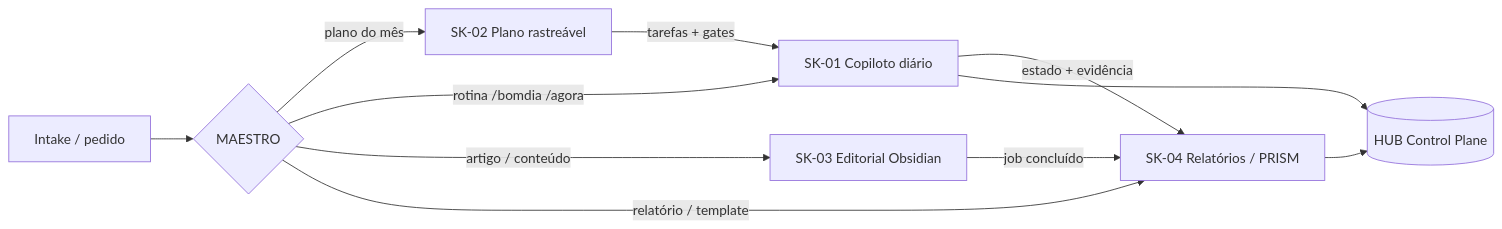
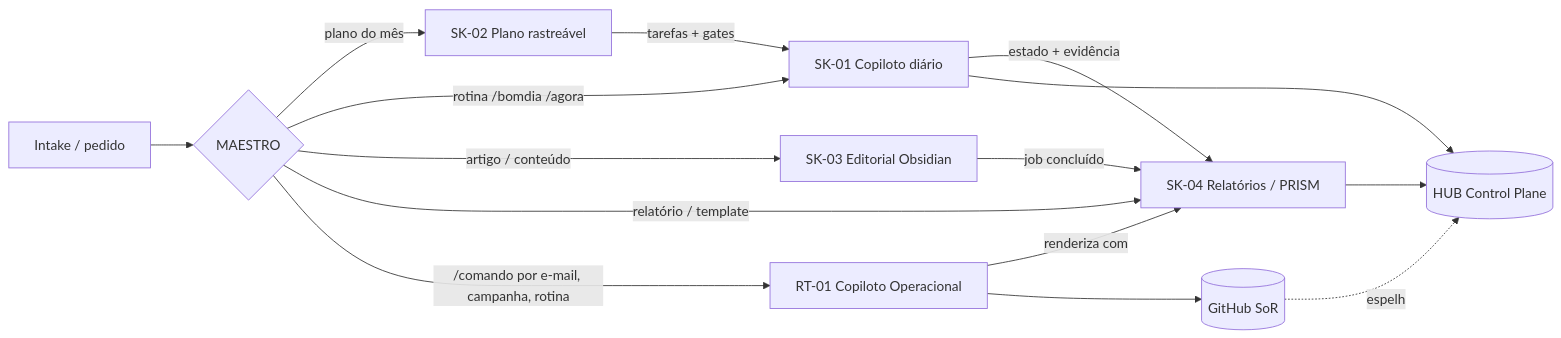
The diagram in MAESTRO.md (Sas-Executar/Copiloto), drawn with Mermaid before and after one commit. The commit also changed other lines of this file and 28 other files, not shown here.

First line of the commit message:
Relatórios sobre tokens da skill + perfil e-mail HTML/PDF; GitHub como fonte principal

````diff
--- a/MAESTRO.md
+++ b/MAESTRO.md
@@ -37,13 +38,17 @@
 ```mermaid
 flowchart LR
   I[Intake / pedido] --> M{MAESTRO}
   M -->|plano do mês| S2[SK-02 Plano rastreável]
   S2 -->|tarefas + gates| S1[SK-01 Copiloto diário]
   M -->|rotina /bomdia /agora| S1
   M -->|artigo / conteúdo| S3[SK-03 Editorial Obsidian]
   S1 -->|estado + evidência| S4[SK-04 Relatórios / PRISM]
   S3 -->|job concluído| S4
   M -->|relatório / template| S4
+  M -->|/comando por e-mail, campanha, rotina| RT[RT-01 Copiloto Operacional]
+  RT -->|renderiza com| S4
+  RT --> G[(GitHub SoR)]
+  G -.espelho.-> H
   S4 --> H[(HUB Control Plane)]
   S1 --> H
 ```
````
